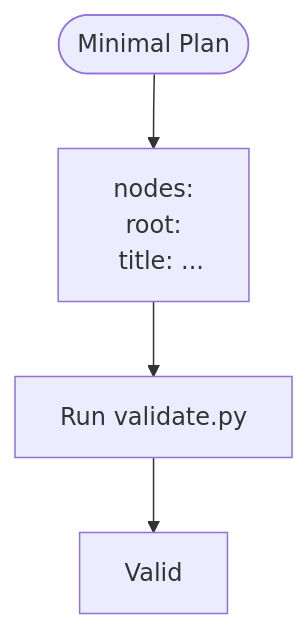
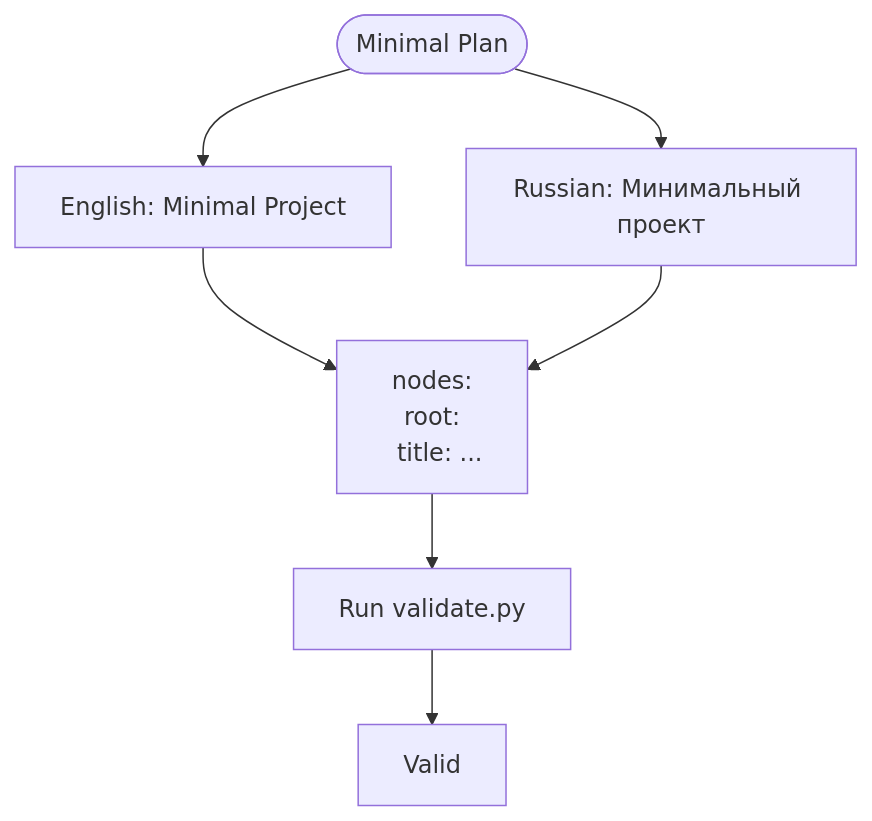
One commit to asukhodko/opskarta changed the third of 6 diagrams in .qoder/repowiki/en/content/Examples and Use Cases/Examples and Use Cases.md. Above: the diagram before and after it, drawn with Mermaid. The commit also changed other lines of this file and 7 other files, not shown here.

First line of the commit message:
feat(docs): add bilingual English and Russian examples and specifications

````diff
--- a/.qoder/repowiki/en/content/Examples and Use Cases/Examples and Use Cases.md
+++ b/.qoder/repowiki/en/content/Examples and Use Cases/Examples and Use Cases.md
@@ -138,6 +197,9 @@
 ```mermaid
 flowchart TD
-Start(["Minimal Plan"]) --> Nodes["nodes:<br/>root:<br/>&nbsp;&nbsp;title: ..."]
+Start(["Minimal Plan"]) --> EN["English: Minimal Project"]
+Start --> RU["Russian: Минимальный проект"]
+EN --> Nodes["nodes:<br/>root:<br/>&nbsp;&nbsp;title: ..."]
+RU --> Nodes
 Nodes --> Validate["Run validate.py"]
 Validate --> OK["Valid"]
 ```
````
